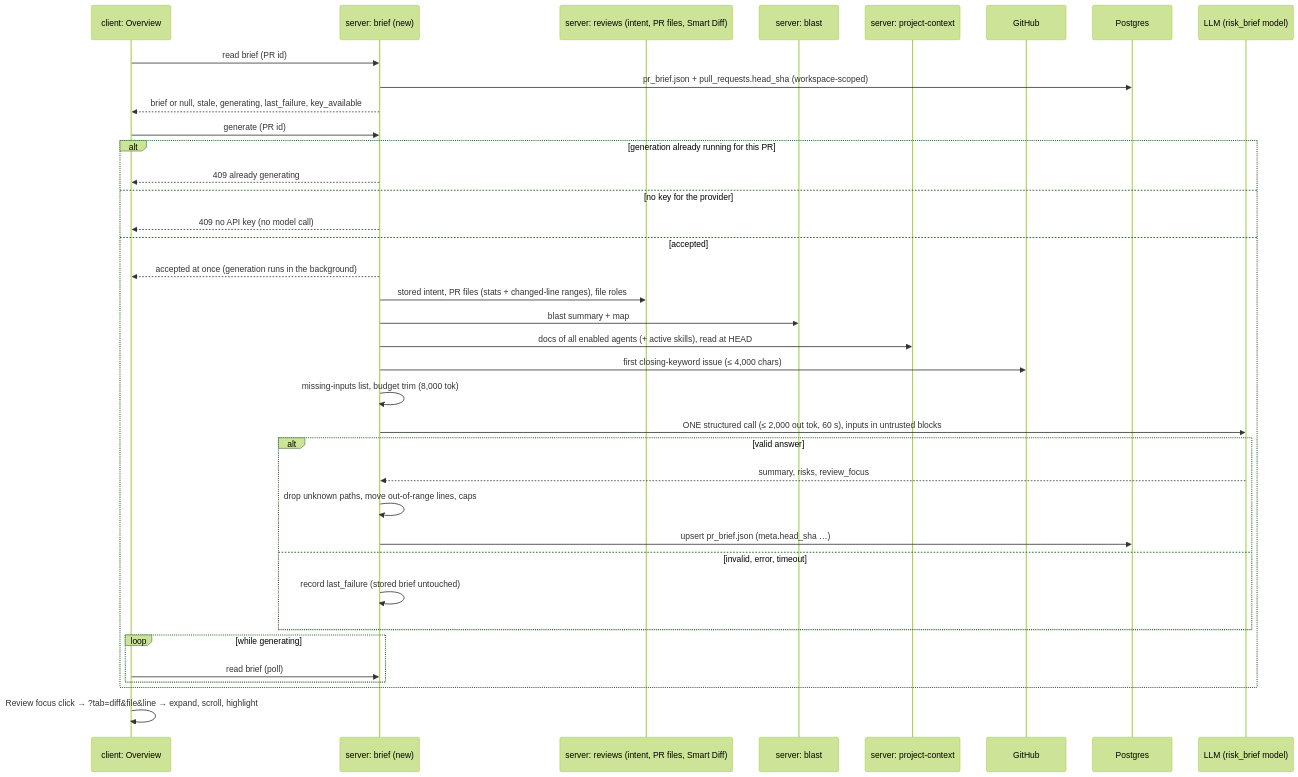
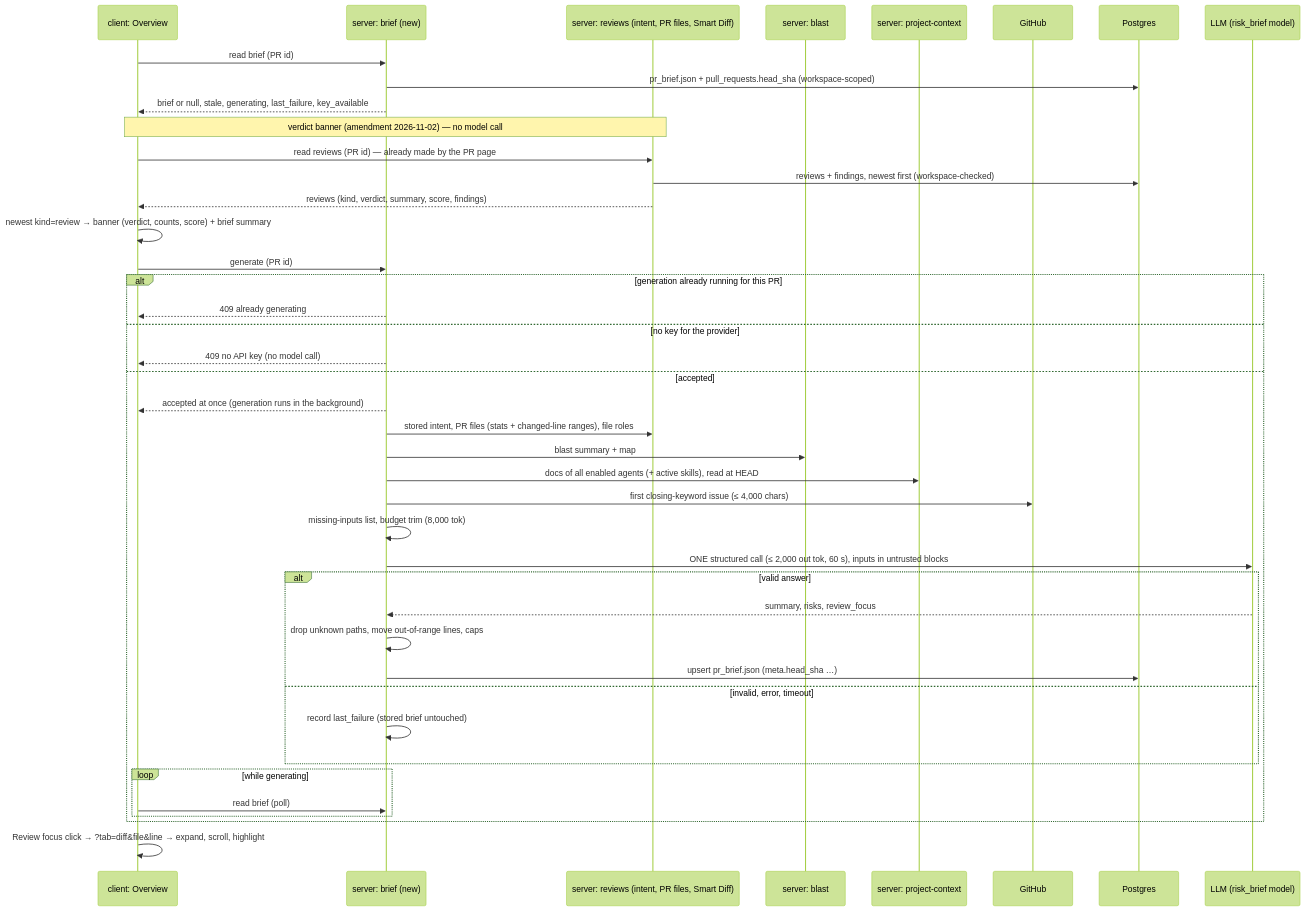
Before and after one commit to malinovskiy-alex/dev-digest: the diagram in specs/L05-pr-brief.requirements.md, drawn with Mermaid (forest theme). The commit also changed other lines of this file and 1 other file, not shown here.

First line of the commit message:
docs(specs): L05 PR Brief amendment — verdict banner, run line, Review focus card

````diff
--- a/specs/L05-pr-brief.requirements.md
+++ b/specs/L05-pr-brief.requirements.md
@@ -231,42 +294,48 @@
 ```mermaid
 sequenceDiagram
   participant UI as client: Overview
   participant BR as server: brief (new)
   participant RV as server: reviews (intent, PR files, Smart Diff)
   participant BL as server: blast
   participant PC as server: project-context
   participant GH as GitHub
   participant DB as Postgres
   participant LLM as LLM (risk_brief model)
 
   UI->>BR: read brief (PR id)
   BR->>DB: pr_brief.json + pull_requests.head_sha (workspace-scoped)
   BR-->>UI: brief or null, stale, generating, last_failure, key_available
+
+  Note over UI,RV: verdict banner (amendment 2026-11-02) — no model call
+  UI->>RV: read reviews (PR id) — already made by the PR page
+  RV->>DB: reviews + findings, newest first (workspace-checked)
+  RV-->>UI: reviews (kind, verdict, summary, score, findings)
+  UI->>UI: newest kind=review → banner (verdict, counts, score) + brief summary
 
   UI->>BR: generate (PR id)
   alt generation already running for this PR
     BR-->>UI: 409 already generating
   else no key for the provider
     BR-->>UI: 409 no API key (no model call)
   else accepted
     BR-->>UI: accepted at once (generation runs in the background)
     BR->>RV: stored intent, PR files (stats + changed-line ranges), file roles
     BR->>BL: blast summary + map
     BR->>PC: docs of all enabled agents (+ active skills), read at HEAD
     BR->>GH: first closing-keyword issue (≤ 4,000 chars)
     BR->>BR: missing-inputs list, budget trim (8,000 tok)
     BR->>LLM: ONE structured call (≤ 2,000 out tok, 60 s), inputs in untrusted blocks
     alt valid answer
       LLM-->>BR: summary, risks, review_focus
       BR->>BR: drop unknown paths, move out-of-range lines, caps
       BR->>DB: upsert pr_brief.json (meta.head_sha …)
     else invalid, error, timeout
       BR->>BR: record last_failure (stored brief untouched)
     end
     loop while generating
       UI->>BR: read brief (poll)
     end
   end
 
   UI->>UI: Review focus click → ?tab=diff&file&line → expand, scroll, highlight
 ```
````
